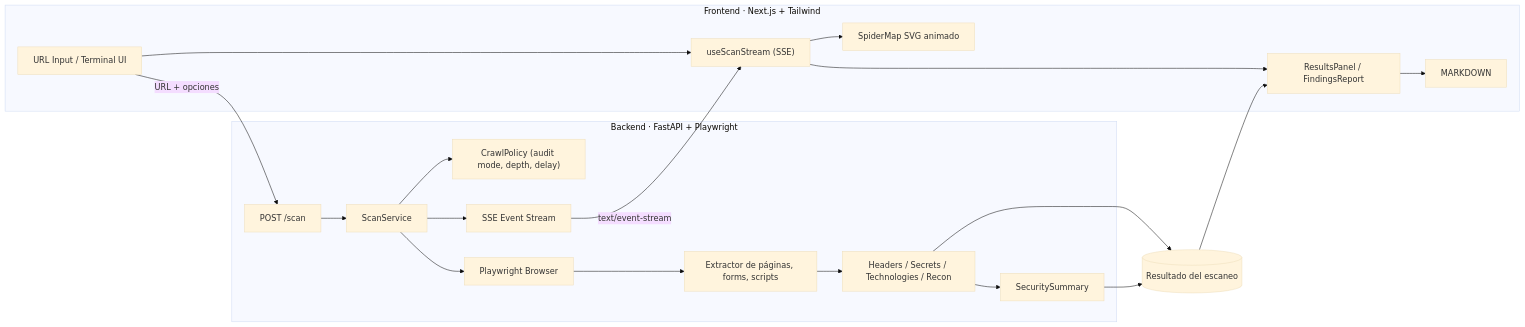
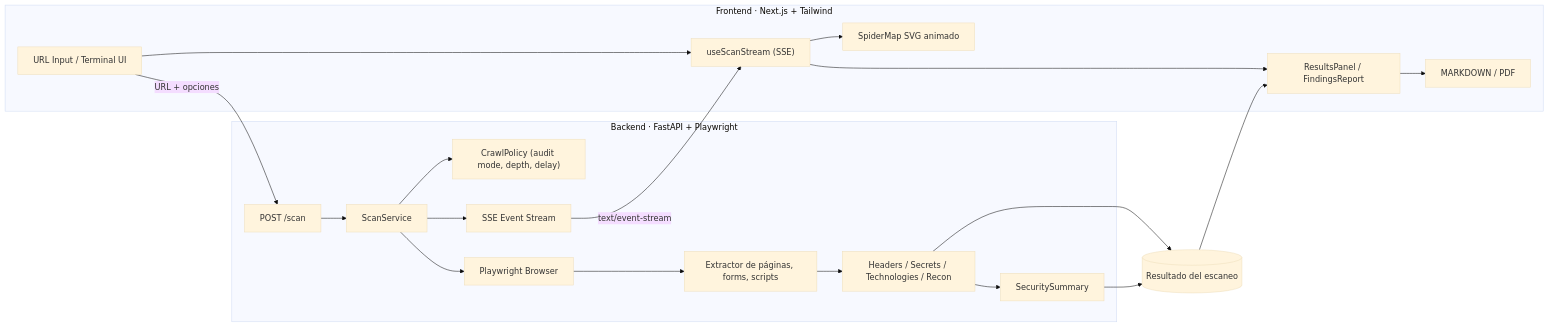
One commit to CryptonDevAlex/neuro-spider-crawler changed the first of 2 diagrams in README.md. Above: the diagram before and after it, drawn with Mermaid (base theme). The commit also changed other lines of this file and 3 other files, not shown here.

Commit message:
docs: document PDF export and Groq model fallback

````diff
--- a/README.md
+++ b/README.md
@@ -23,40 +23,40 @@
 ```mermaid
 flowchart LR
     subgraph Client["Frontend · Next.js + Tailwind"]
         UI["URL Input / Terminal UI"]
         Hook["useScanStream (SSE)"]
         Map["SpiderMap SVG animado"]
         Panel["ResultsPanel / FindingsReport"]
-        Export["MARKDOWN"]
+        Export["MARKDOWN / PDF"]
         UI --> Hook
         Hook --> Map
         Hook --> Panel
         Panel --> Export
     end
 
     subgraph Server["Backend · FastAPI + Playwright"]
         API["POST /scan"]
         Service["ScanService"]
         Policy["CrawlPolicy (audit mode, depth, delay)"]
         Browser["Playwright Browser"]
         Extract["Extractor de páginas, forms, scripts"]
         Analysis["Headers / Secrets / Technologies / Recon"]
         Summary["SecuritySummary"]
         Stream["SSE Event Stream"]
         API --> Service
         Service --> Policy
         Service --> Browser
         Browser --> Extract
         Extract --> Analysis
         Analysis --> Summary
         Service --> Stream
     end
 
     Store[("Resultado del escaneo")]
 
     UI -->|"URL + opciones"| API
     Stream -->|"text/event-stream"| Hook
     Analysis --> Store
     Summary --> Store
     Store --> Panel
 ```
````
